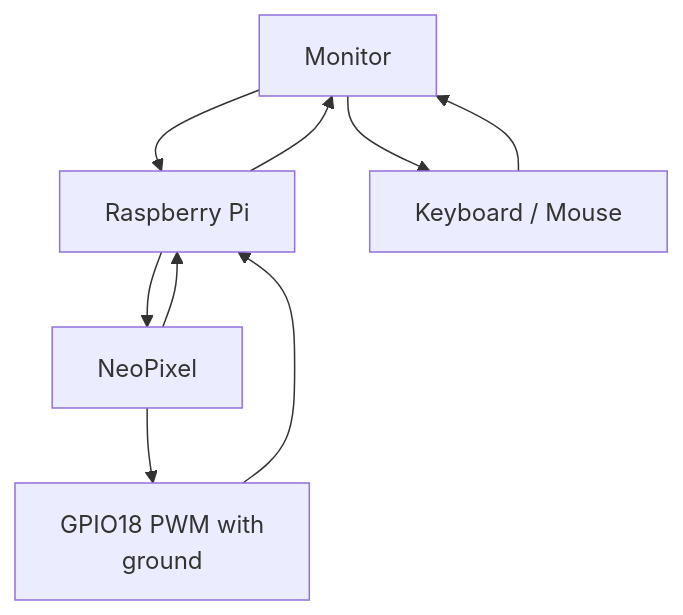
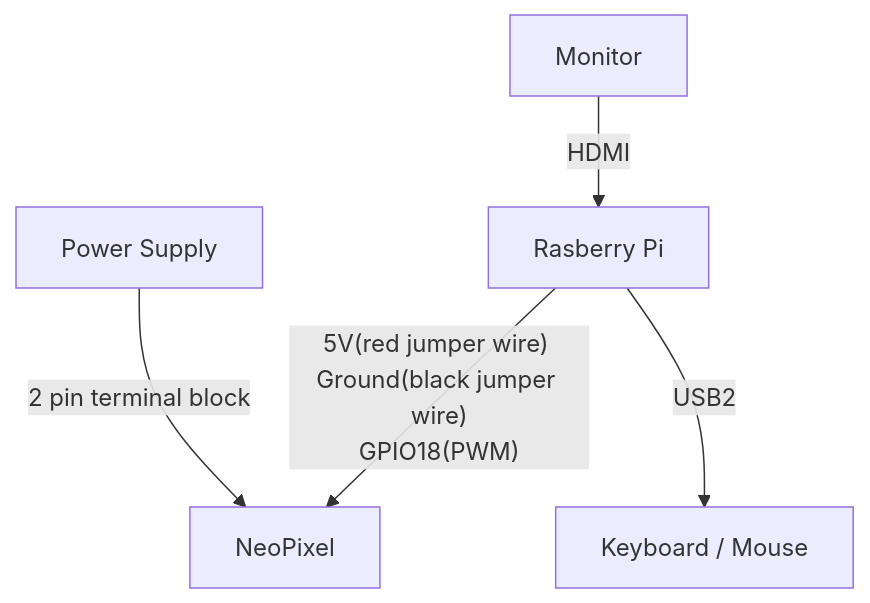
Before and after one commit to Raniellelee/egl314: the diagram in README.md, drawn with Mermaid. The commit also changed other lines of this file, not shown here.

````diff
--- a/README.md
+++ b/README.md
@@ -30,13 +33,10 @@
 ```mermaid
 graph TD;
-A[Monitor]-->B[Rasberry Pi]
-B-->A
-B-->C[NeoPixel]
-C-->B
-C-->D[GPIO18 PWM with
-ground ]
-D-->B[Raspberry Pi]
-E[Keyboard / Mouse]
-A-->E
-E-->A
+A[Monitor]--HDMI-->B[Rasberry Pi]
+B--5V(red jumper wire) 
+Ground(black jumper wire)
+GPIO18(PWM)-->C[NeoPixel]
+D[Keyboard / Mouse]
+B--USB2-->D
+E[Power Supply]--2 pin terminal block-->C
 ```
````
